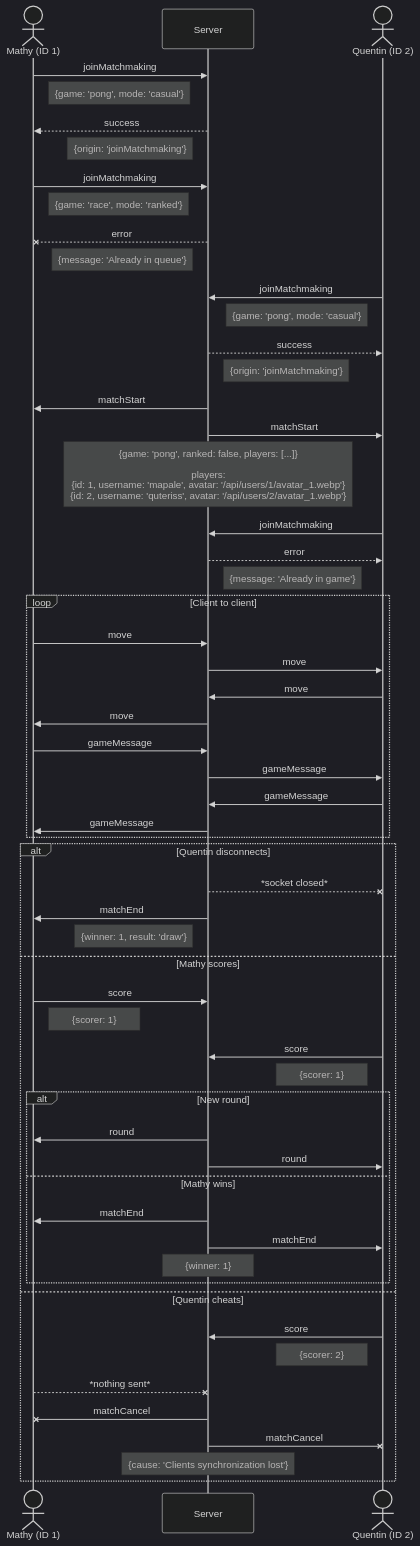
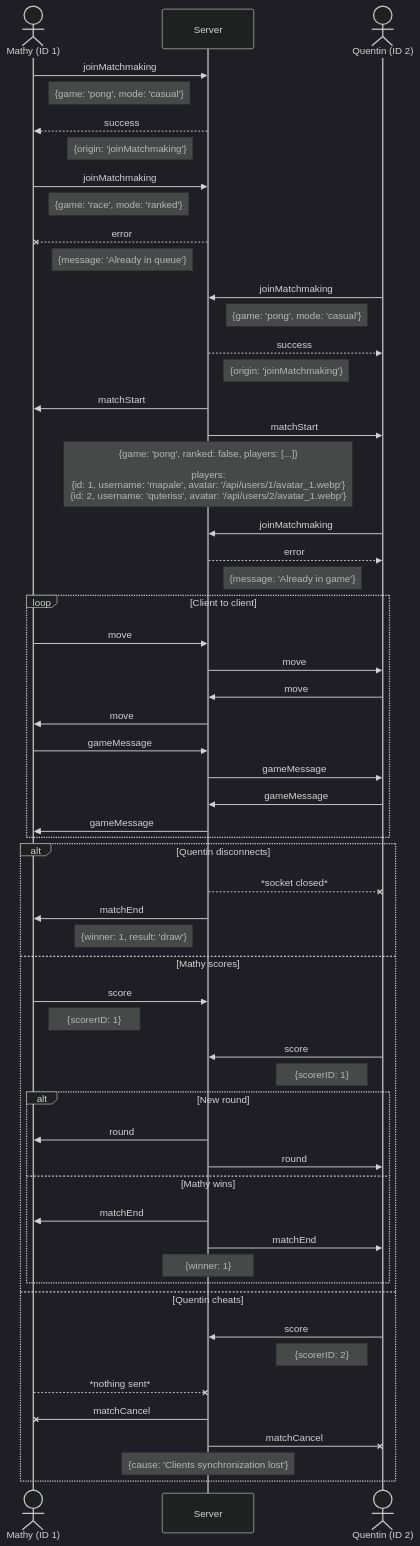
One commit to deydoux/42cursus-ft_transcendence changed the diagram in docs/WebSocket/match.md. Above: the diagram before and after it, drawn with Mermaid (dark theme).

Commit message:
fix: update scorer notation to use scorerID for consistency

````diff
--- a/docs/WebSocket/match.md
+++ b/docs/WebSocket/match.md
@@ -3,70 +3,70 @@
 ```mermaid
 sequenceDiagram
   actor m as Mathy (ID 1)
   participant s as Server
   actor q as Quentin (ID 2)
 
   m ->> s: joinMatchmaking
   Note right of m: {game: 'pong', mode: 'casual'}
   s -->> m: success
   Note left of s: {origin: 'joinMatchmaking'}
 
   m ->> s: joinMatchmaking
   Note right of m: {game: 'race', mode: 'ranked'}
   s --x m: error
   Note left of s: {message: 'Already in queue'}
 
   q ->> s: joinMatchmaking
   Note left of q: {game: 'pong', mode: 'casual'}
   s -->> q: success
   Note right of s: {origin: 'joinMatchmaking'}
 
   s ->> m: matchStart
   s ->> q: matchStart
   Note over s: {game: 'pong', ranked: false, players: [...]}<br><br> players:<br>{id: 1, username: 'mapale', avatar: '/api/users/1/avatar_1.webp'}<br>{id: 2, username: 'quteriss', avatar: '/api/users/2/avatar_1.webp'}
 
   q ->> s: joinMatchmaking
   s -->> q: error
   Note right of s: {message: 'Already in game'}
 
   loop Client to client
     m ->> s: move
     s ->> q: move
     q ->> s: move
     s ->> m: move
 
     m ->> s: gameMessage
     s ->> q: gameMessage
     q ->> s: gameMessage
     s ->> m: gameMessage
   end
 
   alt Quentin disconnects
     s --x q: *socket closed*
     s ->> m: matchEnd
     Note left of s: {winner: 1, result: 'draw'}
 
   else Mathy scores
     m ->> s: score
-    Note right of m: {scorer: 1}
+    Note right of m: {scorerID: 1}
     q ->> s: score
-    Note left of q: {scorer: 1}
+    Note left of q: {scorerID: 1}
 
     alt New round
       s ->> m: round
       s ->> q: round
     else Mathy wins
       s ->> m: matchEnd
       s ->> q: matchEnd
       Note over s: {winner: 1}
     end
 
   else Quentin cheats
     q ->> s: score
-    Note left of q: {scorer: 2}
+    Note left of q: {scorerID: 2}
     m --x s: *nothing sent*
     s -x m: matchCancel
     s -x q: matchCancel
     Note over s: {cause: 'Clients synchronization lost'}
   end
 ```
````
